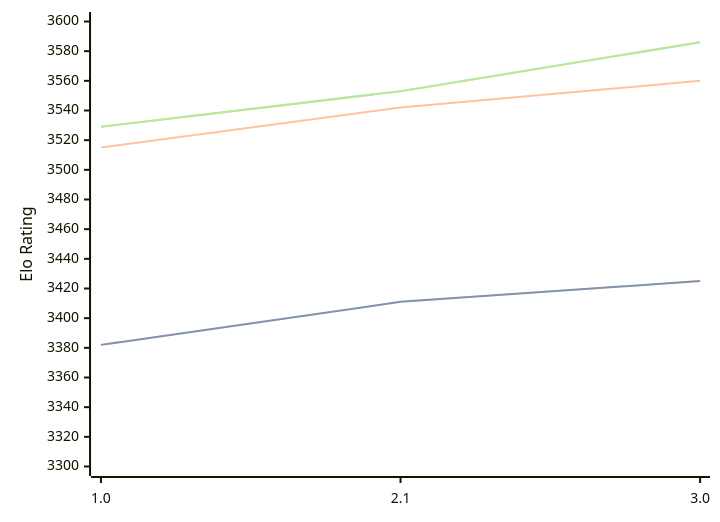
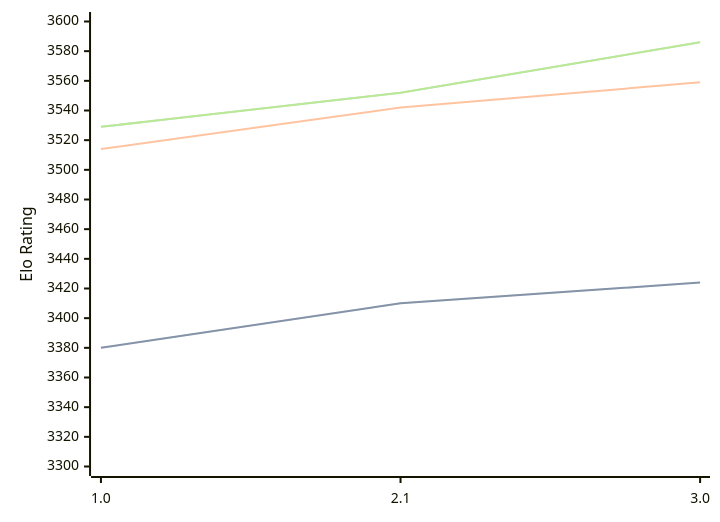
Before and after one commit to computer-chess-index/cci: the diagram in engines/Hobbes.md, drawn with Mermaid. The commit also changed other lines of this file, not shown here.

Commit message:
Update CCI Ratings (ELO VLTC) - 2026-10-01

````diff
--- a/engines/Hobbes.md
+++ b/engines/Hobbes.md
@@ -33,11 +33,11 @@
 ```mermaid
 %%{init: {"theme":"base","themeVariables":{"seriesColors:['#a3a3a3','#222221','#faa371']}}}%%
 xychart-beta
   x-axis ["1.0", "2.1", "3.0"]
   y-axis "Elo Rating" 3300 --> 3600
-  line "" [3382, 3411, 3425]
-  line "STC (8.0+0.08s)" [3382, 3411, 3425]
-  line "LTC (60.0+0.60s)" [3515, 3542, 3560]
-  line "" [3529, 3553, 3586]
-  line "VLTC (2m24s+1.12s)" [3529, 3553, 3586]
+  line "" [3380, 3410, 3424]
+  line "STC (8.0+0.08s)" [3380, 3410, 3424]
+  line "LTC (60.0+0.60s)" [3514, 3542, 3559]
+  line "" [3529, 3552, 3586]
+  line "VLTC (2m24s+1.12s)" [3529, 3552, 3586]
 ```
````
